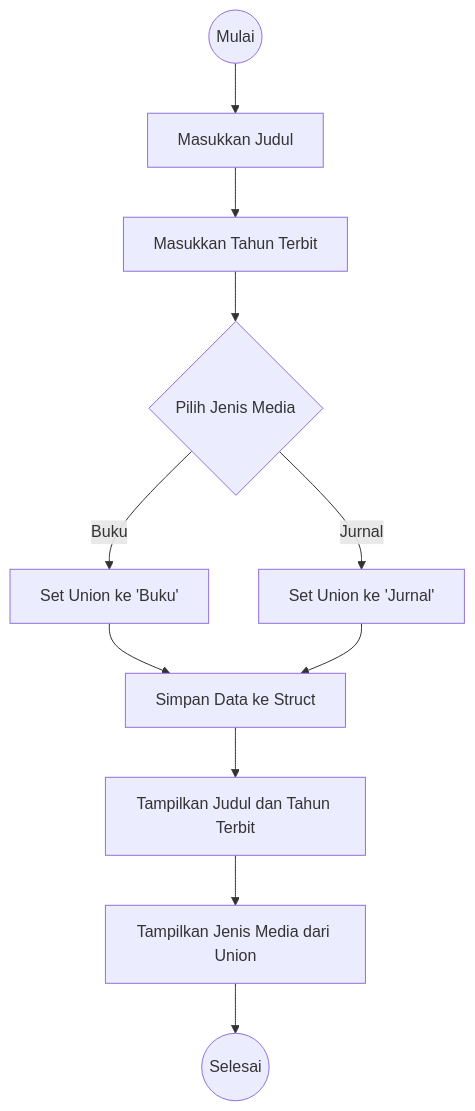
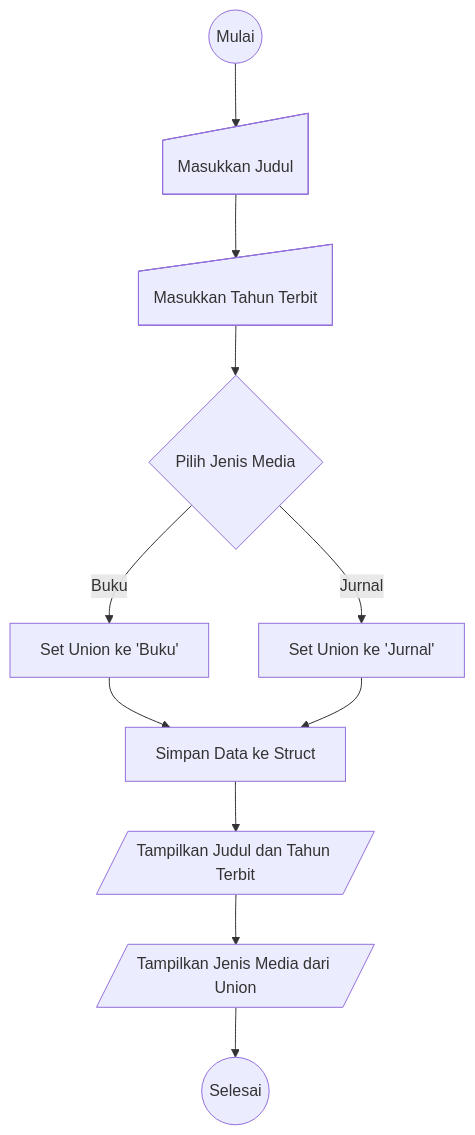
The diagram in library-flowchart.md (alfianchii/COLLEGE_TASK-Term-One-LEC-AnP-TA1-280424_Task-1), drawn with Mermaid before and after one commit.

````diff
--- a/library-flowchart.md
+++ b/library-flowchart.md
@@ -1,13 +1,13 @@
 ```mermaid
 flowchart TD
-    A@{ shape: circle, label: "Mulai" } --> B[Masukkan Judul]
-    B --> C[Masukkan Tahun Terbit]
+    A@{ shape: circle, label: "Mulai" } --> B@{ shape: sl-rect, label: "Masukkan Judul" }
+    B --> C@{ shape: sl-rect, label: "Masukkan Tahun Terbit" }
     C --> D{Pilih Jenis Media}
     D -->|Buku| E[Set Union ke 'Buku']
     D -->|Jurnal| F[Set Union ke 'Jurnal']
     E --> G[Simpan Data ke Struct]
     F --> G
-    G --> H[Tampilkan Judul dan Tahun Terbit]
-    H --> I[Tampilkan Jenis Media dari Union]
+    G --> H@{ shape: lean-r, label: "Tampilkan Judul dan Tahun Terbit"}
+    H --> I@{ shape: lean-r, label: "Tampilkan Jenis Media dari Union" }
     I --> J@{ shape: circle, label: "Selesai" }
 ```
````
